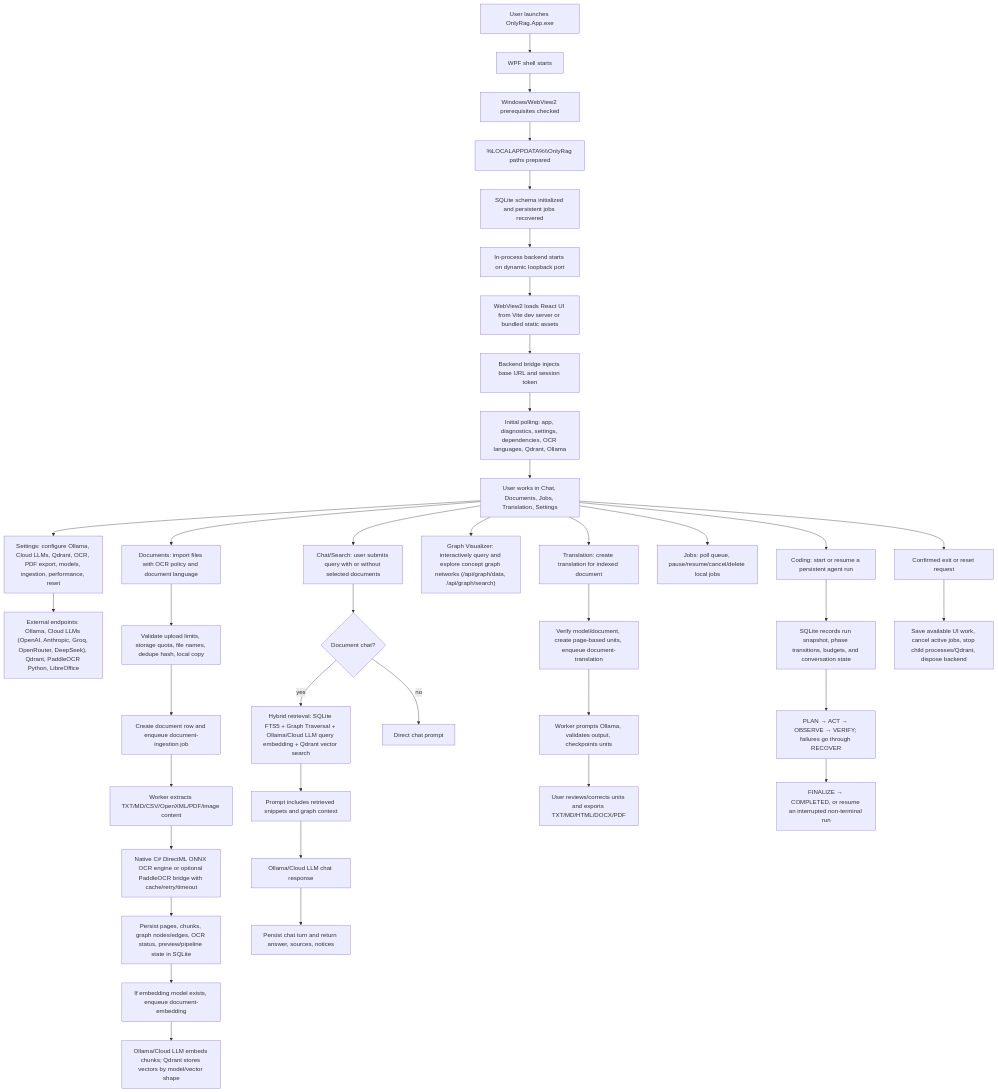
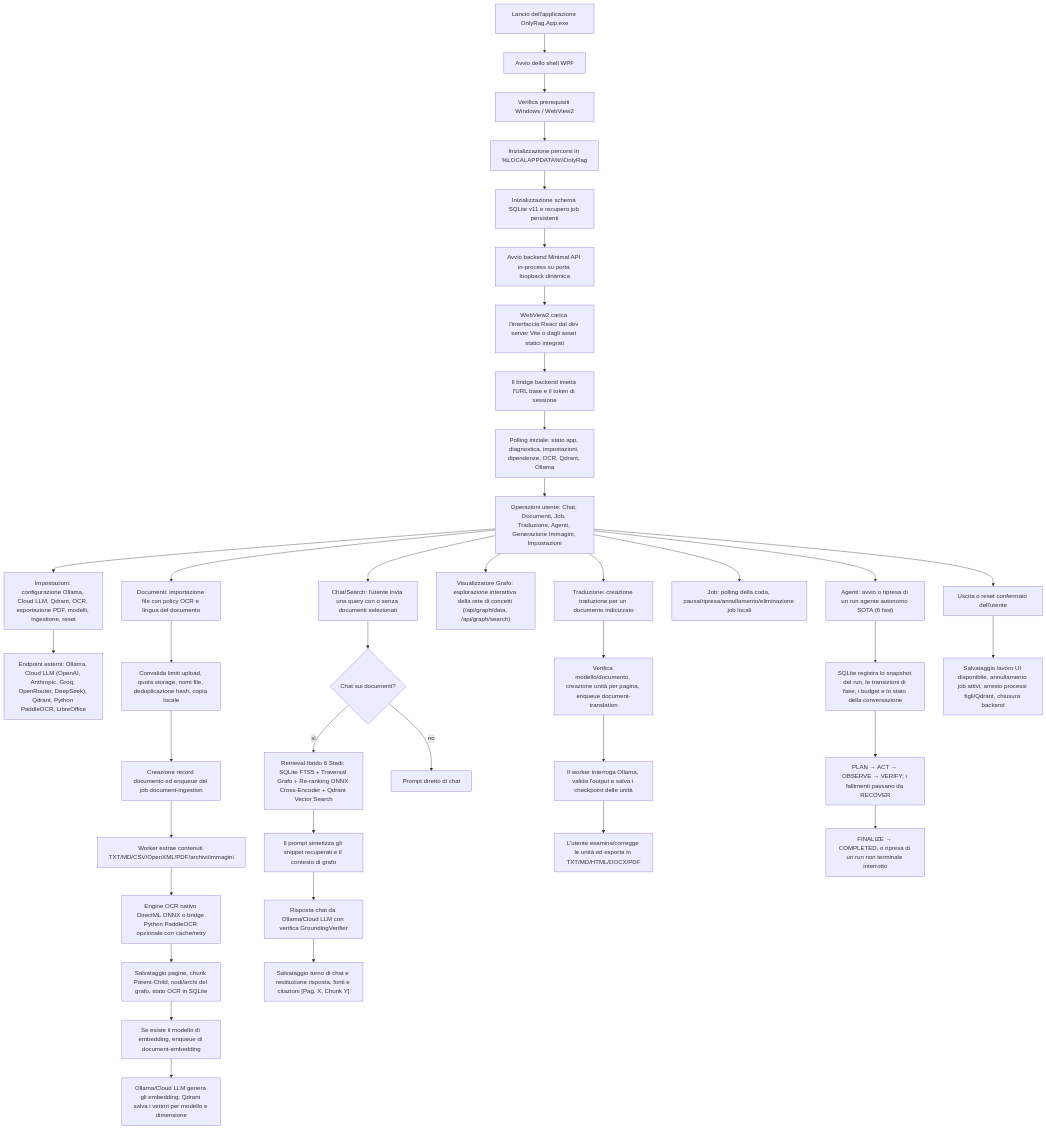
Before and after one commit to dennidalpos/OnlyRag: the diagram in docs/APP_FLOW.md, drawn with Mermaid. The commit also changed other lines of this file and 47 other files, not shown here.

````diff
--- a/docs/APP_FLOW.md
+++ b/docs/APP_FLOW.md
@@ -6,47 +5,47 @@
 ```mermaid
 flowchart TD
-    A["User launches OnlyRag.App.exe"] --> B["WPF shell starts"]
-    B --> C["Windows/WebView2 prerequisites checked"]
-    C --> D["%LOCALAPPDATA%\\OnlyRag paths prepared"]
-    D --> E["SQLite schema initialized and persistent jobs recovered"]
-    E --> F["In-process backend starts on dynamic loopback port"]
-    F --> G["WebView2 loads React UI from Vite dev server or bundled static assets"]
-    G --> H["Backend bridge injects base URL and session token"]
-    H --> I["Initial polling: app, diagnostics, settings, dependencies, OCR languages, Qdrant, Ollama"]
-    I --> J["User works in Chat, Documents, Jobs, Translation, Settings"]
+    A["Lancio dell'applicazione OnlyRag.App.exe"] --> B["Avvio dello shell WPF"]
+    B --> C["Verifica prerequisiti Windows / WebView2"]
+    C --> D["Inizializzazione percorsi in %LOCALAPPDATA%\\OnlyRag"]
+    D --> E["Inizializzazione schema SQLite v11 e recupero job persistenti"]
+    E --> F["Avvio backend Minimal API in-process su porta loopback dinamica"]
+    F --> G["WebView2 carica l'interfaccia React dal dev server Vite o dagli asset statici integrati"]
+    G --> H["Il bridge backend inietta l'URL base e il token di sessione"]
+    H --> I["Polling iniziale: stato app, diagnostica, impostazioni, dipendenze, OCR, Qdrant, Ollama"]
+    I --> J["Operazioni utente: Chat, Documenti, Job, Traduzione, Agenti, Generazione Immagini, Impostazioni"]
 
-    J --> K["Settings: configure Ollama, Cloud LLMs, Qdrant, OCR, PDF export, models, ingestion, performance, reset"]
-    K --> L["External endpoints: Ollama, Cloud LLMs (OpenAI, Anthropic, Groq, OpenRouter, DeepSeek), Qdrant, PaddleOCR Python, LibreOffice"]
+    J --> K["Impostazioni: configurazione Ollama, Cloud LLM, Qdrant, OCR, esportazione PDF, modelli, ingestione, reset"]
+    K --> L["Endpoint esterni: Ollama, Cloud LLM (OpenAI, Anthropic, Groq, OpenRouter, DeepSeek), Qdrant, Python PaddleOCR, LibreOffice"]
 
-    J --> M["Documents: import files with OCR policy and document language"]
-    M --> N["Validate upload limits, storage quota, file names, dedupe hash, local copy"]
-    N --> O["Create document row and enqueue document-ingestion job"]
-    O --> P["Worker extracts TXT/MD/CSV/OpenXML/PDF/image content"]
-    P --> Q["Native C# DirectML ONNX OCR engine or optional PaddleOCR bridge with cache/retry/timeout"]
-    Q --> R["Persist pages, chunks, graph nodes/edges, OCR status, preview/pipeline state in SQLite"]
-    R --> S["If embedding model exists, enqueue document-embedding"]
-    S --> T["Ollama/Cloud LLM embeds chunks; Qdrant stores vectors by model/vector shape"]
+    J --> M["Documenti: importazione file con policy OCR e lingua del documento"]
+    M --> N["Convalida limiti upload, quota storage, nomi file, deduplicazione hash, copia locale"]
+    N --> O["Creazione record documento ed enqueue del job document-ingestion"]
+    O --> P["Worker estrae contenuti TXT/MD/CSV/OpenXML/PDF/archivi/immagini"]
+    P --> Q["Engine OCR nativo DirectML ONNX o bridge Python PaddleOCR opzionale con cache/retry"]
+    Q --> R["Salvataggio pagine, chunk Parent-Child, nodi/archi del grafo, stato OCR in SQLite"]
+    R --> S["Se esiste il modello di embedding, enqueue di document-embedding"]
+    S --> T["Ollama/Cloud LLM genera gli embedding; Qdrant salva i vettori per modello e dimensione"]
 
-    J --> U["Chat/Search: user submits query with or without selected documents"]
-    U --> V{"Document chat?"}
-    V -->|yes| W["Hybrid retrieval: SQLite FTS5 + Graph Traversal + Ollama/Cloud LLM query embedding + Qdrant vector search"]
-    W --> X["Prompt includes retrieved snippets and graph context"]
-    V -->|no| Y["Direct chat prompt"]
-    X --> Z["Ollama/Cloud LLM chat response"]
-    Z --> AA["Persist chat turn and return answer, sources, notices"]
+    J --> U["Chat/Search: l'utente invia una query con o senza documenti selezionati"]
+    U --> V{"Chat sui documenti?"}
+    V -->|sì| W["Retrieval Ibrido 6 Stadi: SQLite FTS5 + Traversal Grafo + Re-ranking ONNX Cross-Encoder + Qdrant Vector Search"]
+    W --> X["Il prompt sintetizza gli snippet recuperati e il contesto di grafo"]
+    V -->|no| Y["Prompt diretto di chat"]
+    X --> Z["Risposta chat da Ollama/Cloud LLM con verifica GroundingVerifier"]
+    Z --> AA["Salvataggio turno di chat e restituzione risposta, fonti e citazioni [Pag. X, Chunk Y]"]
 
-    J --> GV["Graph Visualizer: interactively query and explore concept graph networks (/api/graph/data, /api/graph/search)"]
+    J --> GV["Visualizzatore Grafo: esplorazione interattiva della rete di concetti (/api/graph/data, /api/graph/search)"]
 
-    J --> AB["Translation: create translation for indexed document"]
-    AB --> AC["Verify model/document, create page-based units, enqueue document-translation"]
-    AC --> AD["Worker prompts Ollama, validates output, checkpoints units"]
-    AD --> AE["User reviews/corrects units and exports TXT/MD/HTML/DOCX/PDF"]
+    J --> AB["Traduzione: creazione traduzione per un documento indicizzato"]
+    AB --> AC["Verifica modello/documento, creazione unità per pagina, enqueue document-translation"]
+    AC --> AD["Il worker interroga Ollama, valida l'output e salva i checkpoint delle unità"]
+    AD --> AE["L'utente esamina/corregge le unità ed esporta in TXT/MD/HTML/DOCX/PDF"]
 
-    J --> AF["Jobs: poll queue, pause/resume/cancel/delete local jobs"]
-    J --> AI["Coding: start or resume a persistent agent run"]
-    AI --> AJ["SQLite records run snapshot, phase transitions, budgets, and conversation state"]
-    AJ --> AK["PLAN → ACT → OBSERVE → VERIFY; failures go through RECOVER"]
-    AK --> AL["FINALIZE → COMPLETED, or resume an interrupted non-terminal run"]
-    J --> AG["Confirmed exit or reset request"]
-    AG --> AH["Save available UI work, cancel active jobs, stop child processes/Qdrant, dispose backend"]
+    J --> AF["Job: polling della coda, pausa/ripresa/annullamento/eliminazione job locali"]
+    J --> AI["Agenti: avvio o ripresa di un run agente autonomo SOTA (6 fasi)"]
+    AI --> AJ["SQLite registra lo snapshot del run, le transizioni di fase, i budget e lo stato della conversazione"]
+    AJ --> AK["PLAN → ACT → OBSERVE → VERIFY; i fallimenti passano da RECOVER"]
+    AK --> AL["FINALIZE → COMPLETED, o ripresa di un run non terminale interrotto"]
+    J --> AG["Uscita o reset confermato dell'utente"]
+    AG --> AH["Salvataggio lavoro UI disponibile, annullamento job attivi, arresto processi figli/Qdrant, chiusura backend"]
 ```
````
